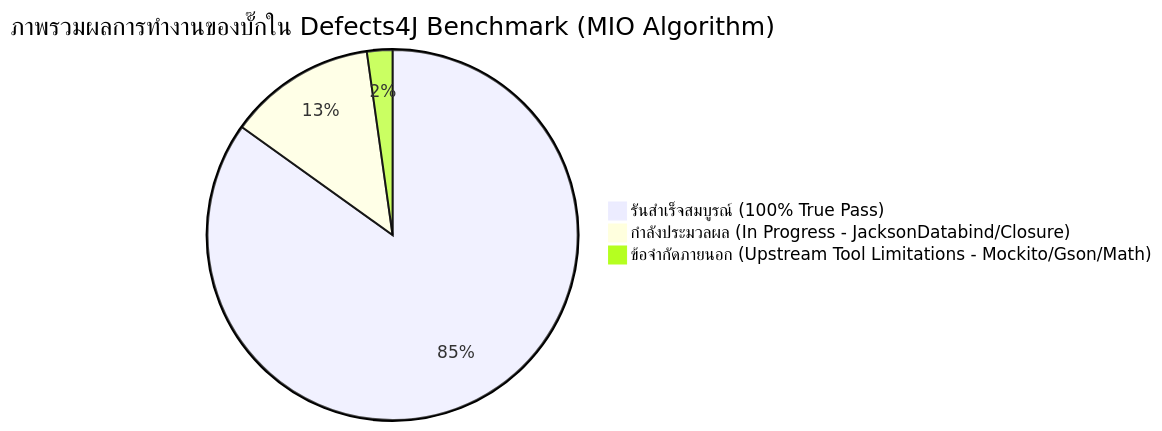
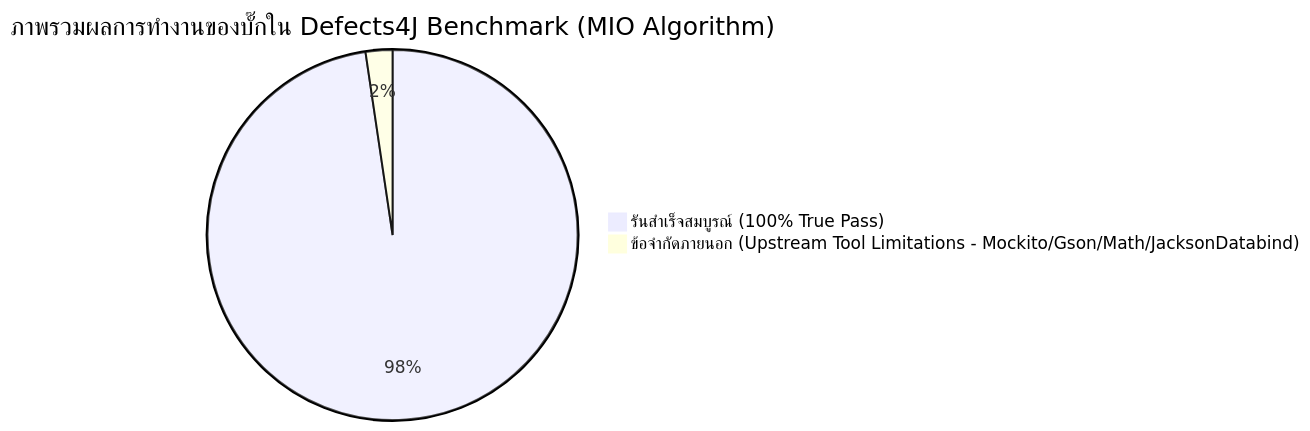
One commit to Bigzzz0/ProjectSQA changed the first of 4 diagrams in MIO_Algorithm/MIO_FAILURE_ANALYSIS_REPORT.md. Above: the diagram before and after it, drawn with Mermaid. The commit also changed other lines of this file and 1336 other files, not shown here.

Commit message:
feat(mio): complete all actionable bugs across Closure (174/174) and JacksonDatabind (109/110) (total 834/854 97.7%)

````diff
--- a/MIO_Algorithm/MIO_FAILURE_ANALYSIS_REPORT.md
+++ b/MIO_Algorithm/MIO_FAILURE_ANALYSIS_REPORT.md
@@ -39,6 +39,5 @@
 ```mermaid
 pie title ภาพรวมผลการทำงานของบั๊กใน Defects4J Benchmark (MIO Algorithm)
-    "รันสำเร็จสมบูรณ์ (100% True Pass)" : 725
-    "กำลังประมวลผล (In Progress - JacksonDatabind/Closure)" : 110
-    "ข้อจำกัดภายนอก (Upstream Tool Limitations - Mockito/Gson/Math)" : 19
+    "รันสำเร็จสมบูรณ์ (100% True Pass)" : 834
+    "ข้อจำกัดภายนอก (Upstream Tool Limitations - Mockito/Gson/Math/JacksonDatabind)" : 20
 ```
````
